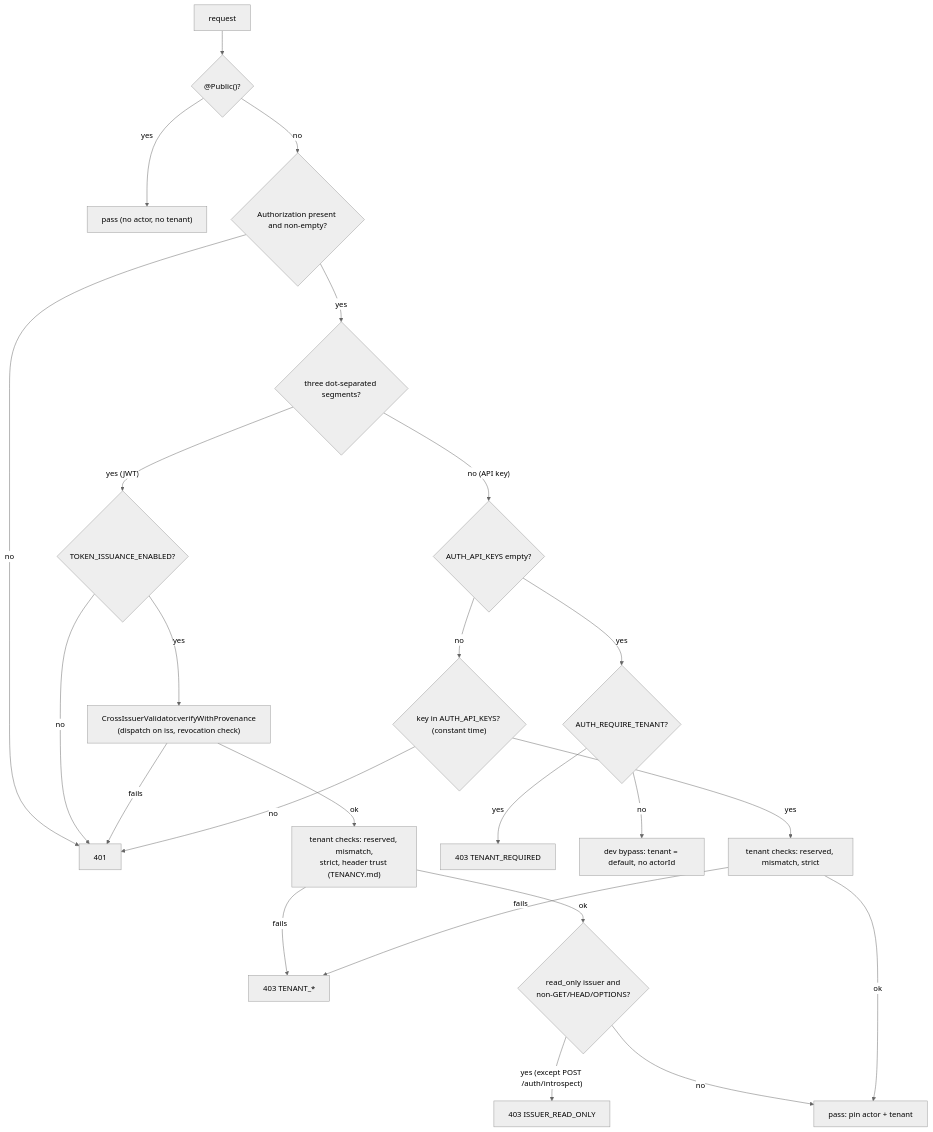
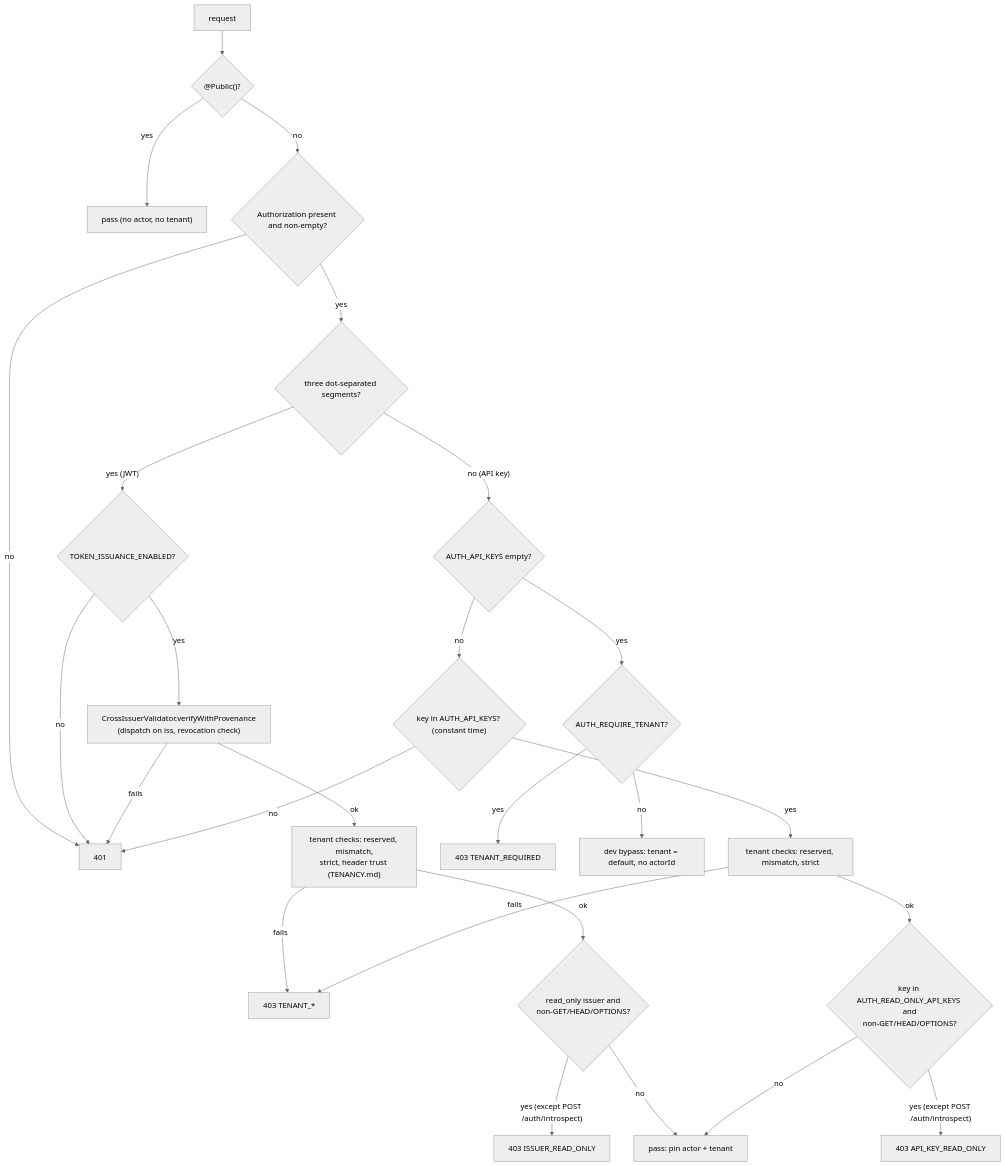
Before and after one commit to agentcontextdistributionprotocol/acdp-control-plane: the first of 2 diagrams in docs/AUTH.md, drawn with Mermaid (neutral theme). The commit also changed other lines of this file and 25 other files, not shown here.

First line of the commit message:
fix(contexts,auth): registry fetch overrides + read-only API keys (#327)

````diff
--- a/docs/AUTH.md
+++ b/docs/AUTH.md
@@ -64,26 +65,28 @@
 ```mermaid
 flowchart TD
     A["request"] --> P{"@Public()?"}
     P -- yes --> OK["pass (no actor, no tenant)"]
     P -- no --> H{"Authorization present and non-empty?"}
     H -- no --> E401["401"]
     H -- yes --> S{"three dot-separated segments?"}
     S -- "yes (JWT)" --> V{"TOKEN_ISSUANCE_ENABLED?"}
     V -- no --> E401
     V -- yes --> X["CrossIssuerValidator.verifyWithProvenance<br/>(dispatch on iss, revocation check)"]
     X -- fails --> E401
     X -- ok --> T["tenant checks: reserved, mismatch,<br/>strict, header trust (TENANCY.md)"]
     T -- fails --> E403["403 TENANT_*"]
     T -- ok --> RO{"read_only issuer and<br/>non-GET/HEAD/OPTIONS?"}
     RO -- "yes (except POST /auth/introspect)" --> E403R["403 ISSUER_READ_ONLY"]
     RO -- no --> PASS["pass: pin actor + tenant"]
     S -- "no (API key)" --> K{"AUTH_API_KEYS empty?"}
     K -- yes --> DEV{"AUTH_REQUIRE_TENANT?"}
     DEV -- yes --> E403T["403 TENANT_REQUIRED"]
     DEV -- no --> BYP["dev bypass: tenant = default, no actorId"]
     K -- no --> M{"key in AUTH_API_KEYS? (constant time)"}
     M -- no --> E401
     M -- yes --> KT["tenant checks: reserved, mismatch, strict"]
     KT -- fails --> E403
-    KT -- ok --> PASS
+    KT -- ok --> ROK{"key in AUTH_READ_ONLY_API_KEYS and<br/>non-GET/HEAD/OPTIONS?"}
+    ROK -- "yes (except POST /auth/introspect)" --> E403K["403 API_KEY_READ_ONLY"]
+    ROK -- no --> PASS
 ```
````
